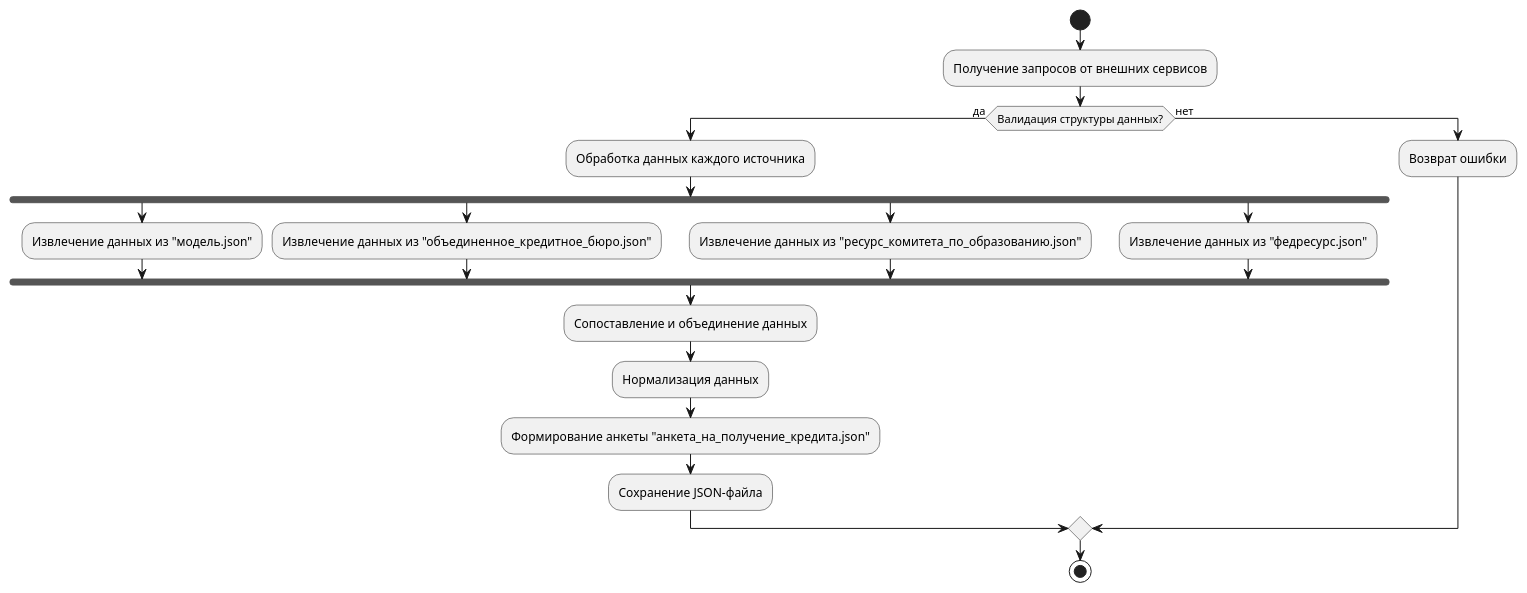
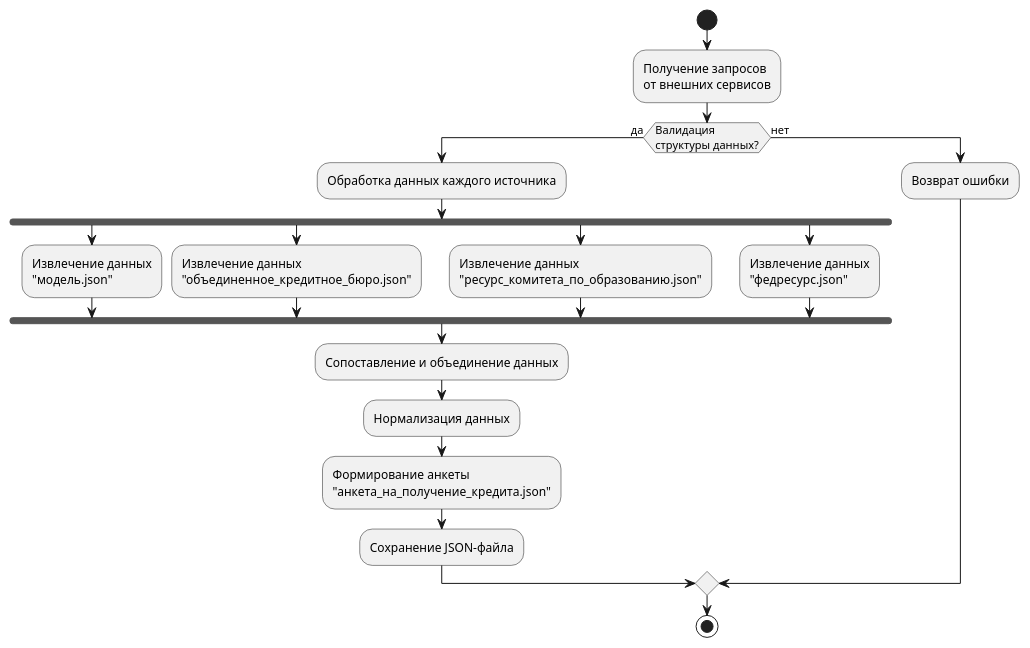
The diagram in assets/workflow.puml (dk-miptedu/datacooker-pipeline), drawn with PlantUML before and after one commit. The commit also changed 4 other files, not shown here.

```diff
--- a/assets/workflow.puml
+++ b/assets/workflow.puml
@@ -1,23 +1,23 @@
 @startuml
 start
-:Получение запросов от внешних сервисов;
-if (Валидация структуры данных?) then (да)
+:Получение запросов \nот внешних сервисов;
+if (Валидация\nструктуры данных?) then (да)
   :Обработка данных каждого источника;
   fork
-    :Извлечение данных из "модель.json";
+    :Извлечение данных\n"модель.json";
   fork again
-    :Извлечение данных из "объединенное_кредитное_бюро.json";
+    :Извлечение данных\n"объединенное_кредитное_бюро.json";
   fork again
-    :Извлечение данных из "ресурс_комитета_по_образованию.json";
+    :Извлечение данных\n"ресурс_комитета_по_образованию.json";
   fork again
-    :Извлечение данных из "федресурс.json";
+    :Извлечение данных\n"федресурс.json";
   end fork
   :Сопоставление и объединение данных;
   :Нормализация данных;
-  :Формирование анкеты "анкета_на_получение_кредита.json";
+  :Формирование анкеты\n"анкета_на_получение_кредита.json";
   :Сохранение JSON-файла;
 else (нет)
   :Возврат ошибки;
 endif
 stop
 @enduml
```
